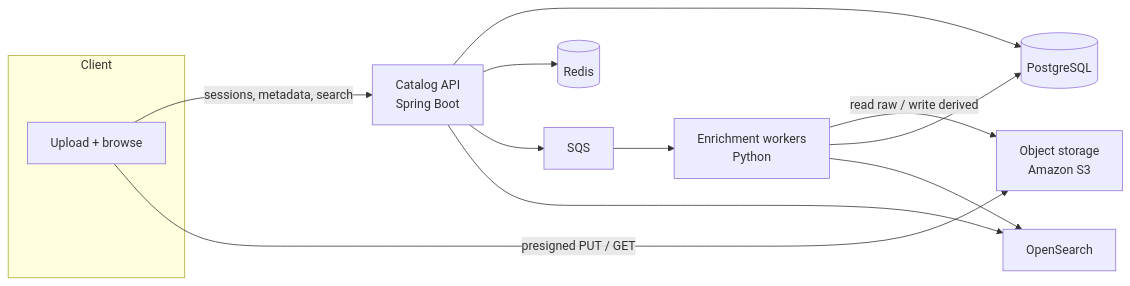
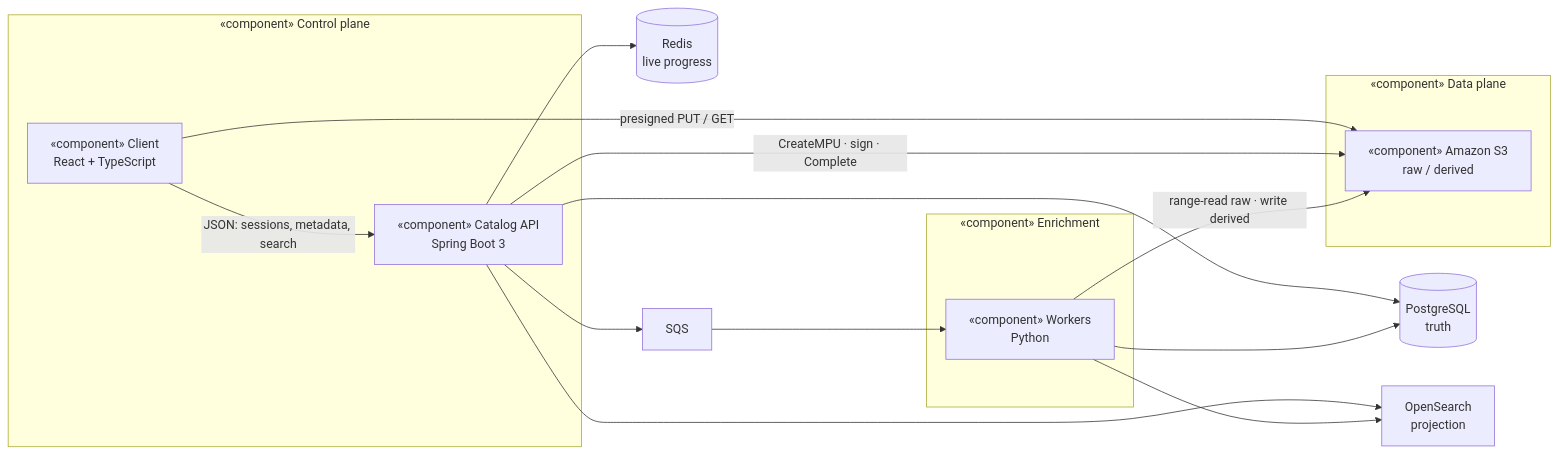
The first of 4 diagrams in README.md (ShakedNeeman/exodia), drawn with Mermaid before and after one commit. The commit also changed other lines of this file and 7 other files, not shown here.

Commit message:
Keep UML as the architecture view and put it in git, not only HTML.

````diff
--- a/README.md
+++ b/README.md
@@ -45,16 +52,27 @@
 ```mermaid
 flowchart LR
-  subgraph Client
-    UI[Upload + browse]
+  subgraph Control["«component» Control plane"]
+    C["«component» Client<br/>React + TypeScript"]
+    API["«component» Catalog API<br/>Spring Boot 3"]
   end
-  UI -->|sessions, metadata, search| API[Catalog API<br/>Spring Boot]
-  UI -->|presigned PUT / GET| S3[Object storage<br/>Amazon S3]
-  API --> PG[(PostgreSQL)]
-  API --> Redis[(Redis)]
+
+  subgraph Data["«component» Data plane"]
+    S3["«component» Amazon S3<br/>raw / derived"]
+  end
+
+  subgraph Work["«component» Enrichment"]
+    W["«component» Workers<br/>Python"]
+  end
+
+  C -->|"JSON: sessions, metadata, search"| API
+  C -->|"presigned PUT / GET"| S3
+  API -->|"CreateMPU · sign · Complete"| S3
+  API --> PG[(PostgreSQL<br/>truth)]
+  API --> Redis[(Redis<br/>live progress)]
   API --> SQS[SQS]
-  API --> OS[OpenSearch]
-  SQS --> W[Enrichment workers<br/>Python]
-  W -->|read raw / write derived| S3
+  API --> OS[OpenSearch<br/>projection]
+  SQS --> W
+  W -->|"range-read raw · write derived"| S3
   W --> PG
   W --> OS
 ```
````
